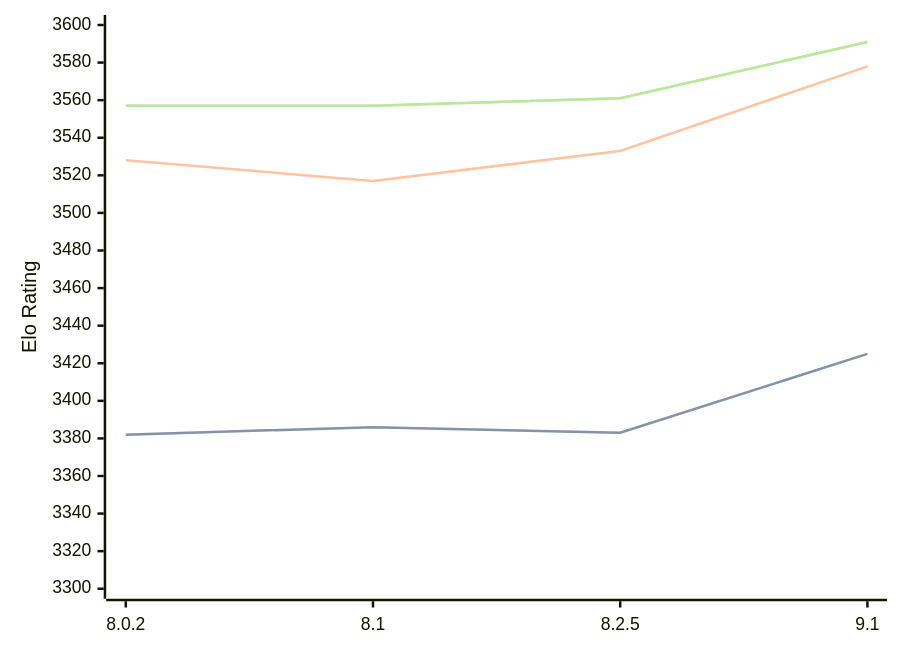
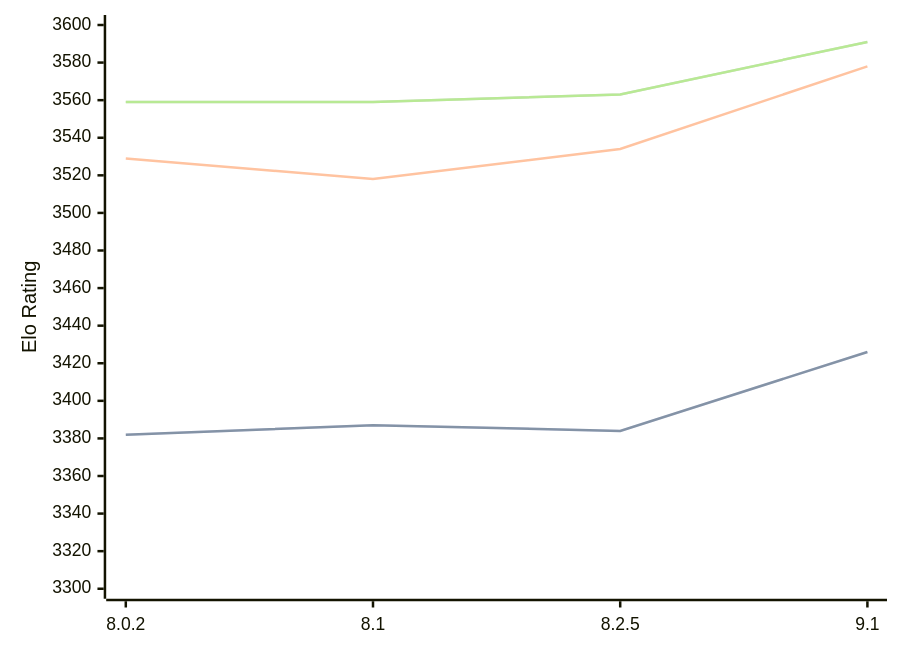
Before and after one commit to computer-chess-index/cci: the diagram in engines/Clover.md, drawn with Mermaid. The commit also changed other lines of this file, not shown here.

Commit message:
Update CCI Ratings (ELO VLTC) - 2026-05-04

````diff
--- a/engines/Clover.md
+++ b/engines/Clover.md
@@ -64,11 +64,11 @@
 ```mermaid
 %%{init: {"theme":"base","themeVariables":{"seriesColors:['#a3a3a3','#222221','#faa371']}}}%%
 xychart-beta
   x-axis ["8.0.2", "8.1", "8.2.5", "9.1"]
   y-axis "Elo Rating" 3300 --> 3600
-  line "STC (8.0+0.08s)" [3382, 3386, 3383, 3425]
-  line "STC (8.0+0.08s)" [3382, 3386, 3383, 3425]
-  line "LTC (60.0+0.60s)" [3528, 3517, 3533, 3578]
-  line "VLTC (2m24s+1.12s)" [3557, 3557, 3561, 3591]
-  line "VLTC (2m24s+1.12s)" [3557, 3557, 3561, 3591]
+  line "STC (8.0+0.08s)" [3382, 3387, 3384, 3426]
+  line "STC (8.0+0.08s)" [3382, 3387, 3384, 3426]
+  line "LTC (60.0+0.60s)" [3529, 3518, 3534, 3578]
+  line "VLTC (2m24s+1.12s)" [3559, 3559, 3563, 3591]
+  line "VLTC (2m24s+1.12s)" [3559, 3559, 3563, 3591]
 ```
````
